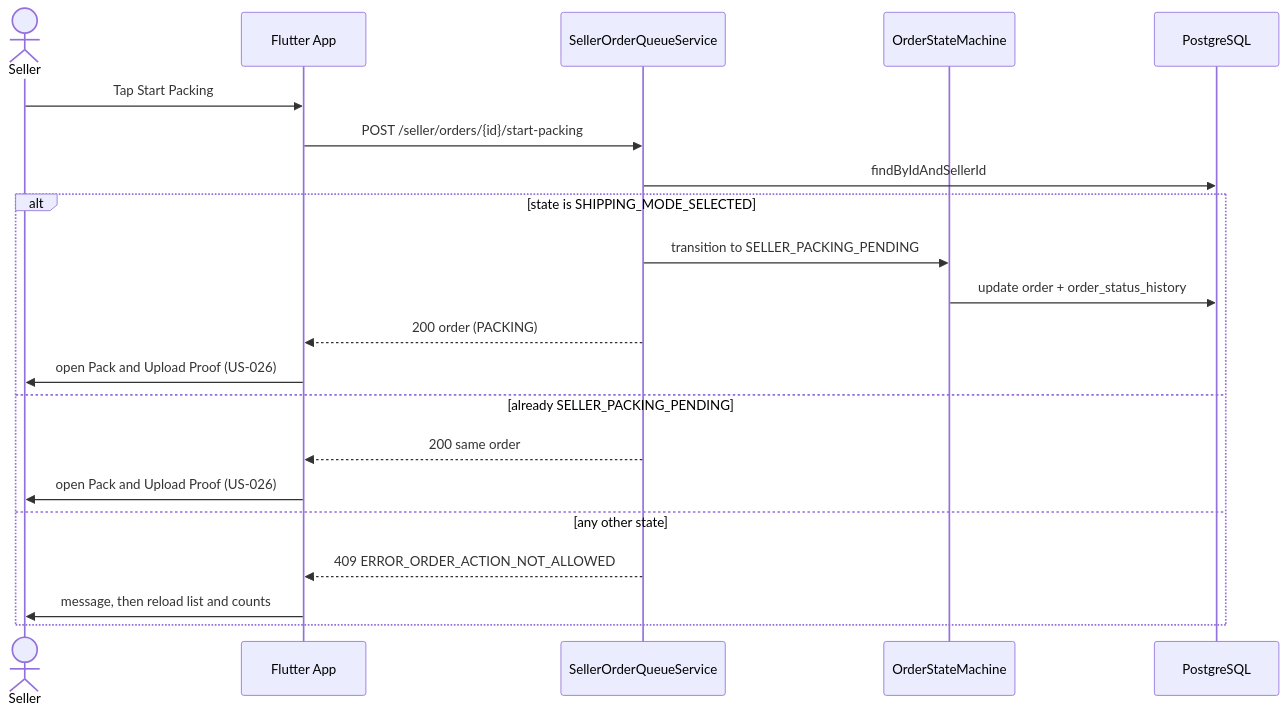
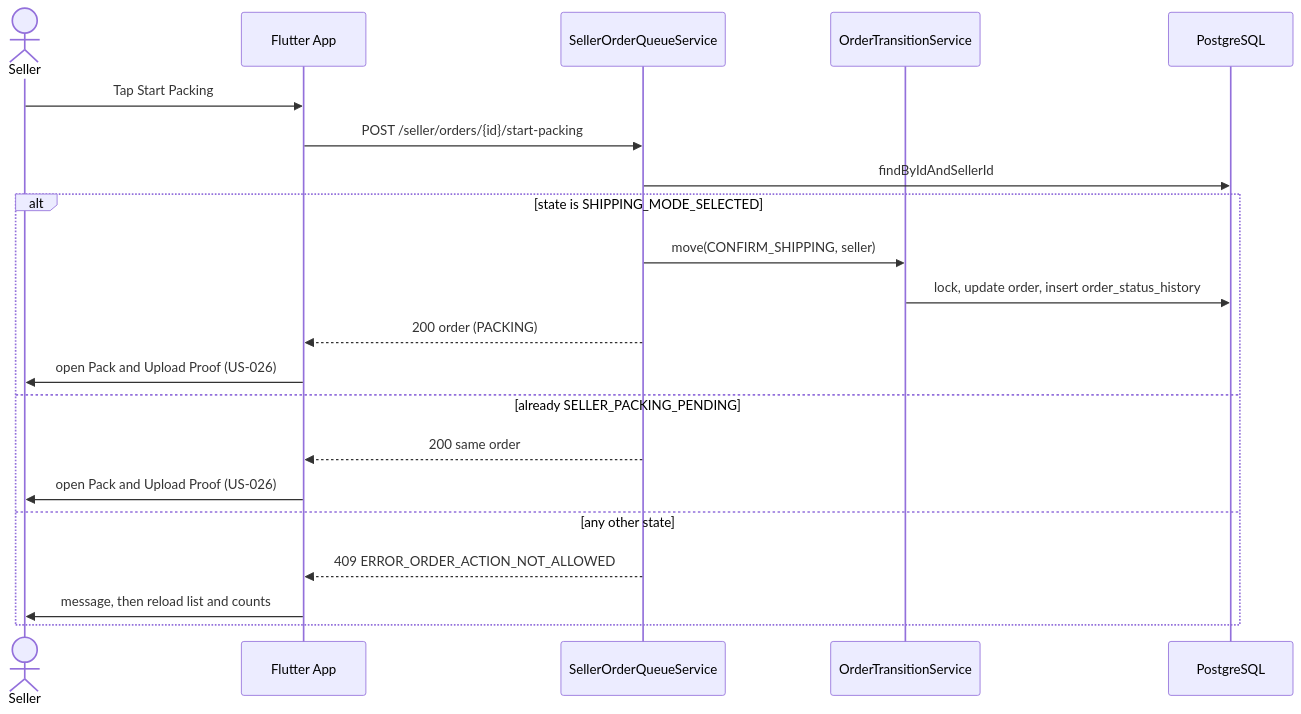
Before and after one commit to VSPL-New/Documents: the fourth of 7 diagrams in LLD/Sprint-6-Shipping-Delivery-LLD.md, drawn with Mermaid. The commit also changed other lines of this file and 1 other file, not shown here.

Commit message:
docs(sprint-6): design all sprint 6 stories in the shipping and delivery lld

````diff
--- a/LLD/Sprint-6-Shipping-Delivery-LLD.md
+++ b/LLD/Sprint-6-Shipping-Delivery-LLD.md
@@ -416,24 +543,24 @@
 ```mermaid
 sequenceDiagram
     actor Seller
     participant App as Flutter App
     participant Svc as SellerOrderQueueService
-    participant SM as OrderStateMachine
+    participant T as OrderTransitionService
     participant DB as PostgreSQL
 
     Seller->>App: Tap Start Packing
     App->>Svc: POST /seller/orders/{id}/start-packing
     Svc->>DB: findByIdAndSellerId
     alt state is SHIPPING_MODE_SELECTED
-        Svc->>SM: transition to SELLER_PACKING_PENDING
-        SM->>DB: update order + order_status_history
+        Svc->>T: move(CONFIRM_SHIPPING, seller)
+        T->>DB: lock, update order, insert order_status_history
         Svc-->>App: 200 order (PACKING)
         App->>Seller: open Pack and Upload Proof (US-026)
     else already SELLER_PACKING_PENDING
         Svc-->>App: 200 same order
         App->>Seller: open Pack and Upload Proof (US-026)
     else any other state
         Svc-->>App: 409 ERROR_ORDER_ACTION_NOT_ALLOWED
         App->>Seller: message, then reload list and counts
     end
 ```
````
